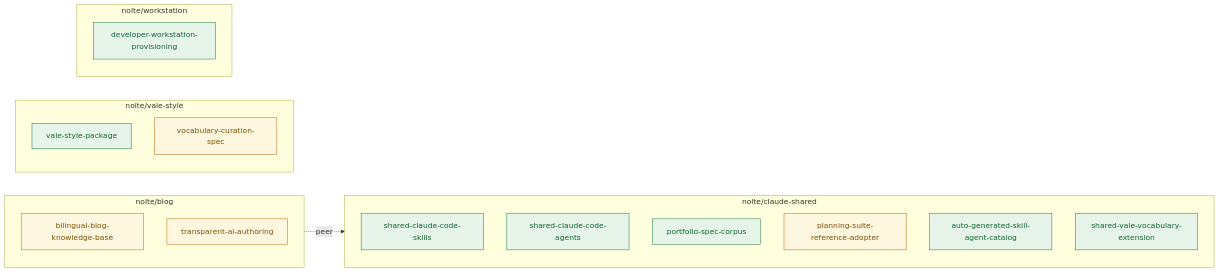
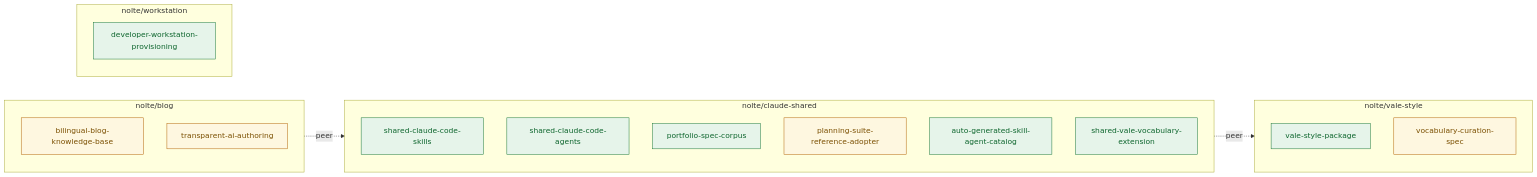
Before and after one commit to nolte/claude-shared: the diagram in docs/de/portfolio/index.md, drawn with Mermaid. The commit also changed other lines of this file and 8 other files, not shown here.

````diff
--- a/docs/de/portfolio/index.md
+++ b/docs/de/portfolio/index.md
@@ -22,38 +22,39 @@
 ```mermaid
 flowchart LR
     classDef active fill:#e6f4ea,stroke:#137333,color:#0d652d;
     classDef experimental fill:#fef7e0,stroke:#b06000,color:#7a4f01;
     classDef deprecated fill:#fce8e6,stroke:#a50e0e,color:#7a1c12;
     classDef planned fill:#e8f0fe,stroke:#1967d2,color:#174ea6;
     subgraph R0["nolte/blog"]
         R0C0["bilingual-blog-knowledge-base"]
         R0C1["transparent-ai-authoring"]
     end
     subgraph R1["nolte/claude-shared"]
         R1C0["shared-claude-code-skills"]
         R1C1["shared-claude-code-agents"]
         R1C2["portfolio-spec-corpus"]
         R1C3["planning-suite-reference-adopter"]
         R1C4["auto-generated-skill-agent-catalog"]
         R1C5["shared-vale-vocabulary-extension"]
     end
     subgraph R2["nolte/vale-style"]
         R2C0["vale-style-package"]
         R2C1["vocabulary-curation-spec"]
     end
     subgraph R3["nolte/workstation"]
         R3C0["developer-workstation-provisioning"]
     end
     class R0C0 experimental;
     class R0C1 experimental;
     class R1C0 active;
     class R1C1 active;
     class R1C2 active;
     class R1C3 experimental;
     class R1C4 active;
     class R1C5 active;
     class R2C0 active;
     class R2C1 experimental;
     class R3C0 active;
     R0 -.peer.-> R1
+    R1 -.peer.-> R2
 ```
````
